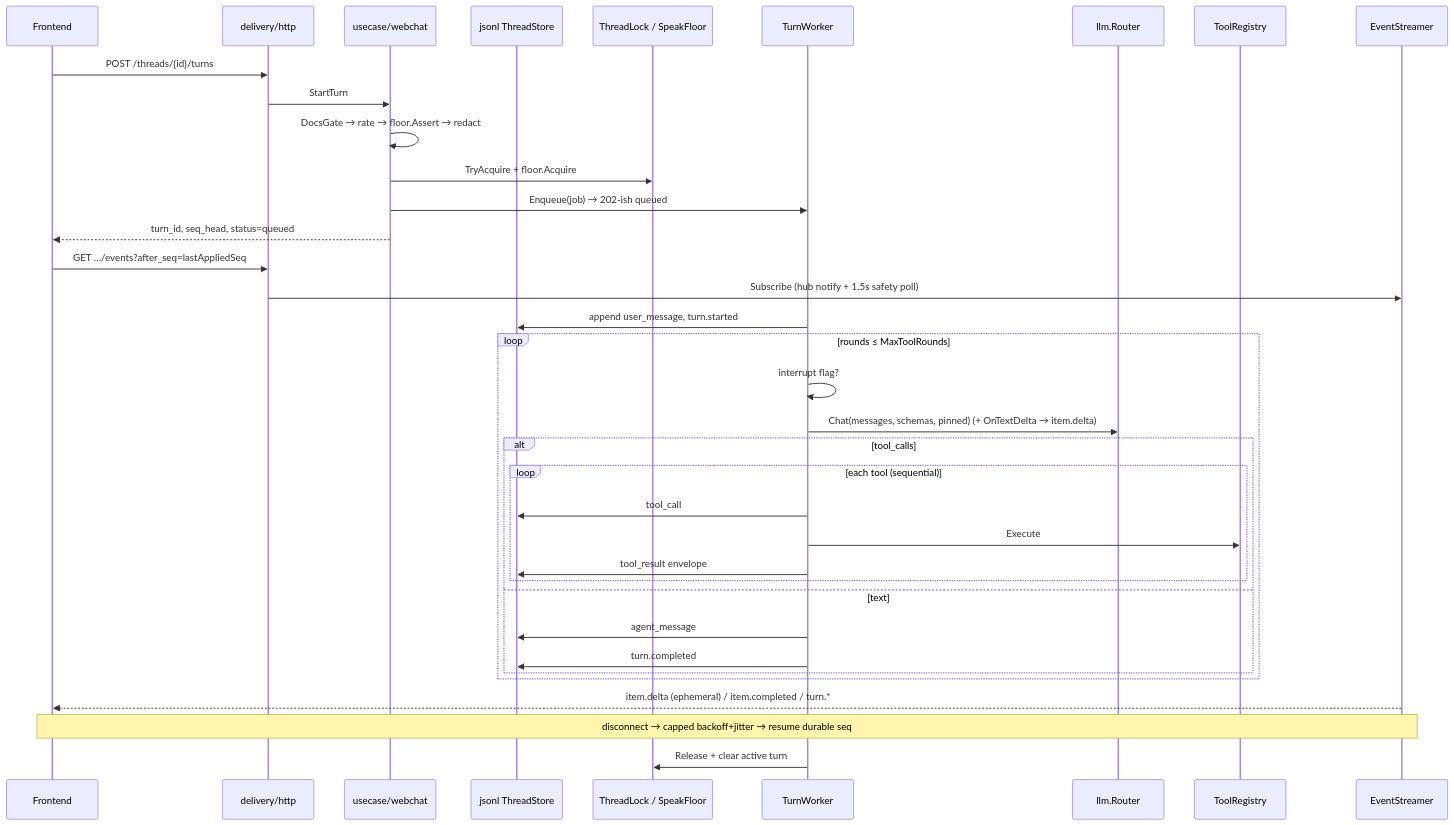
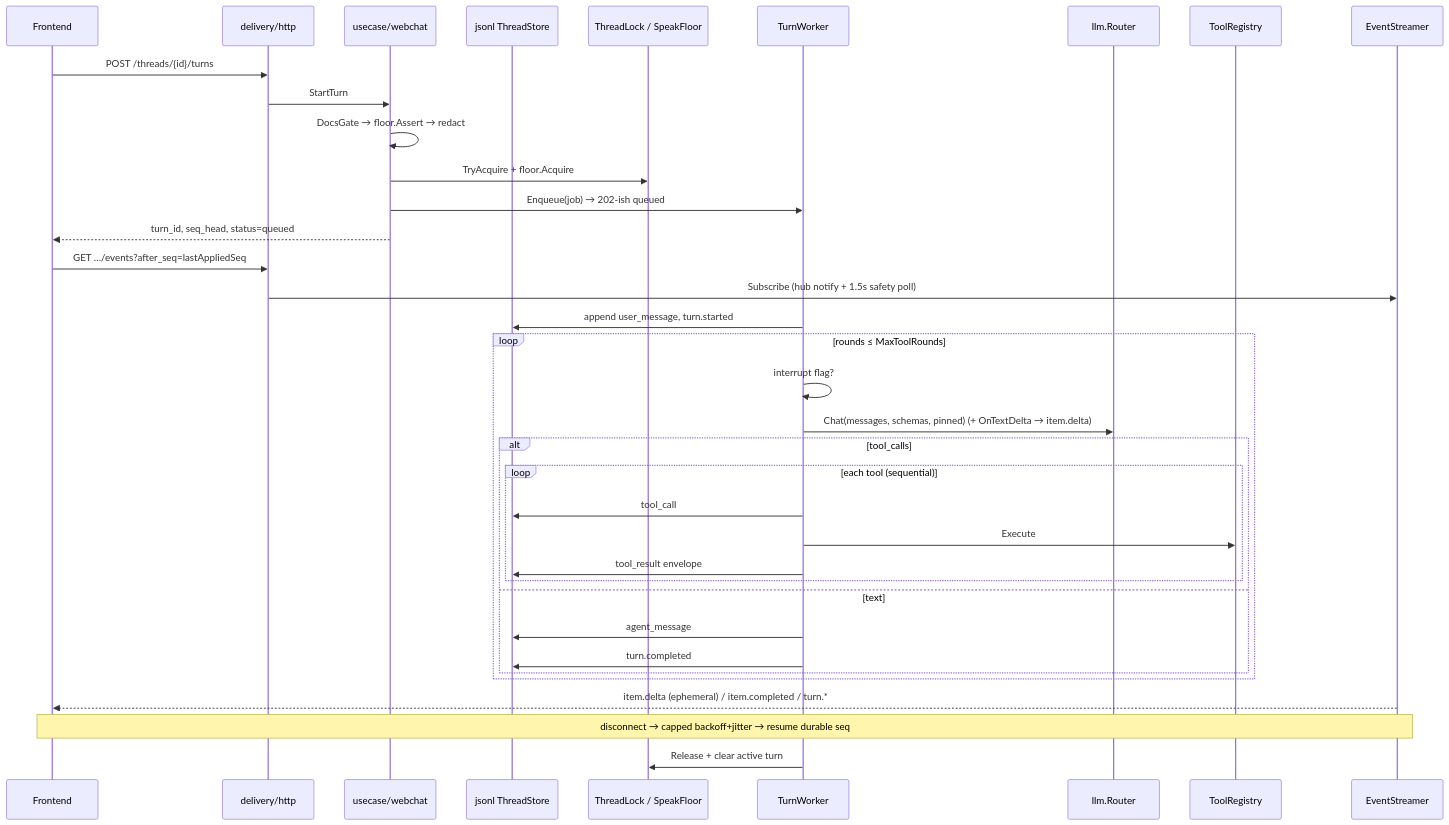
Before and after one commit to jahrulnr/BuatPostingan: the diagram in docs/architecture/turn-loop.md, drawn with Mermaid. The commit also changed other lines of this file and 37 other files, not shown here.

````diff
--- a/docs/architecture/turn-loop.md
+++ b/docs/architecture/turn-loop.md
@@ -7,41 +7,41 @@
 ```mermaid
 sequenceDiagram
   participant FE as Frontend
   participant HTTP as delivery/http
   participant UC as usecase/webchat
   participant Store as jsonl ThreadStore
   participant Lock as ThreadLock / SpeakFloor
   participant W as TurnWorker
   participant LLM as llm.Router
   participant Tools as ToolRegistry
   participant SSE as EventStreamer
 
   FE->>HTTP: POST /threads/{id}/turns
   HTTP->>UC: StartTurn
-  UC->>UC: DocsGate → rate → floor.Assert → redact
+  UC->>UC: DocsGate → floor.Assert → redact
   UC->>Lock: TryAcquire + floor.Acquire
   UC->>W: Enqueue(job) → 202-ish queued
   UC-->>FE: turn_id, seq_head, status=queued
 
   FE->>HTTP: GET …/events?after_seq=lastAppliedSeq
   HTTP->>SSE: Subscribe (hub notify + 1.5s safety poll)
 
   W->>Store: append user_message, turn.started
   loop rounds ≤ MaxToolRounds
     W->>W: interrupt flag?
     W->>LLM: Chat(messages, schemas, pinned) (+ OnTextDelta → item.delta)
     alt tool_calls
       loop each tool (sequential)
         W->>Store: tool_call
         W->>Tools: Execute
         W->>Store: tool_result envelope
       end
     else text
       W->>Store: agent_message
       W->>Store: turn.completed
     end
   end
   SSE-->>FE: item.delta (ephemeral) / item.completed / turn.*
   Note over FE,SSE: disconnect → capped backoff+jitter → resume durable seq
   W->>Lock: Release + clear active turn
 ```
````
